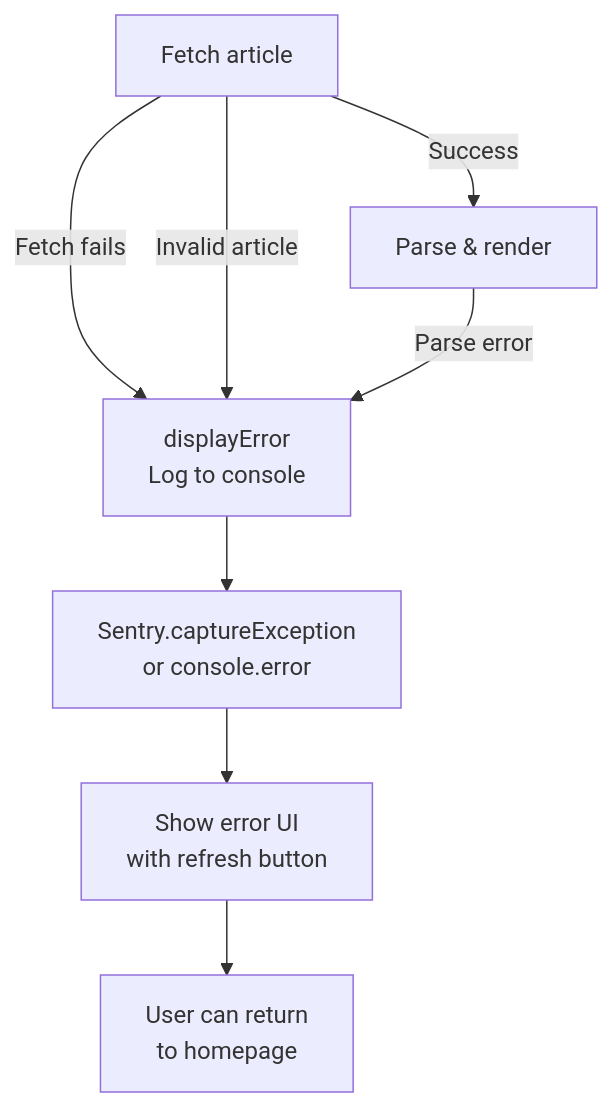
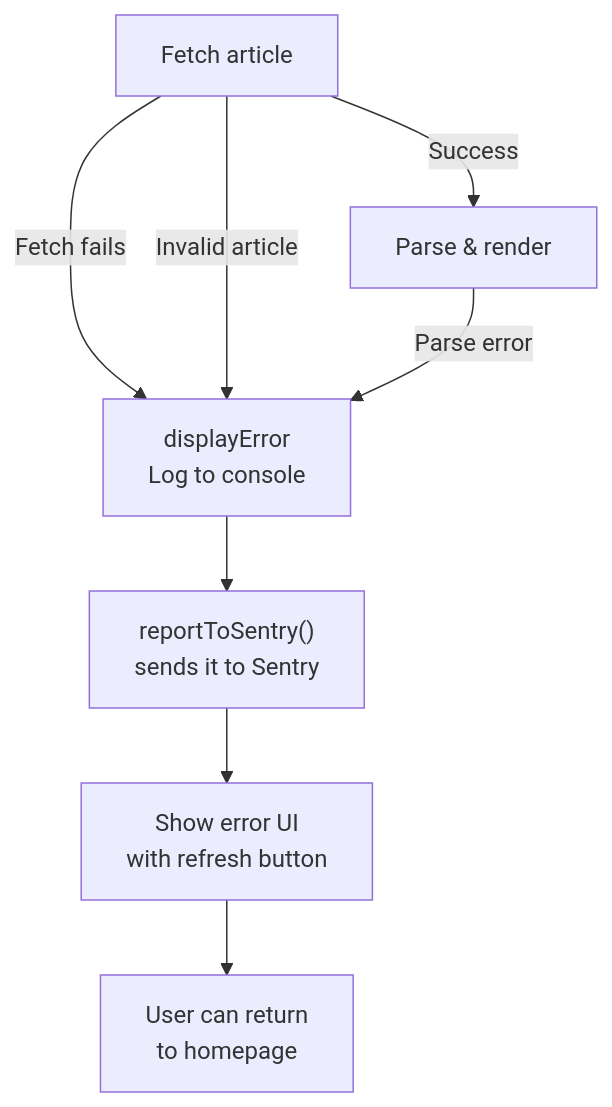
The fourth of 5 diagrams in docs/architecture/data-flow.md (AlexJSully/Small-Dev-Talk), drawn with Mermaid before and after one commit. The commit also changed other lines of this file and 10 other files, not shown here.

First line of the commit message:
Report site errors to Sentry directly and render once after both loads

````diff
--- a/docs/architecture/data-flow.md
+++ b/docs/architecture/data-flow.md
@@ -163,12 +169,12 @@
 ```mermaid
 flowchart TD
     accTitle: Error handling flow
     accDescr: A failed or invalid fetch, or a parse error, calls displayError, which logs to the console and reports to Sentry, then shows an error UI with a refresh button and lets the user return to the homepage.
     A["Fetch article"] -->|Success| B["Parse & render"]
     A -->|Fetch fails| C["displayError<br/>Log to console"]
     A -->|Invalid article| C
     B -->|Parse error| C
-    C --> D["Sentry.captureException<br/>or console.error"]
+    C --> D["reportToSentry()<br/>sends it to Sentry"]
     D --> E["Show error UI<br/>with refresh button"]
     E --> F["User can return<br/>to homepage"]
 ```
````
